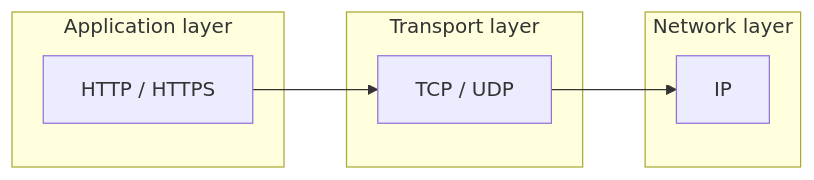
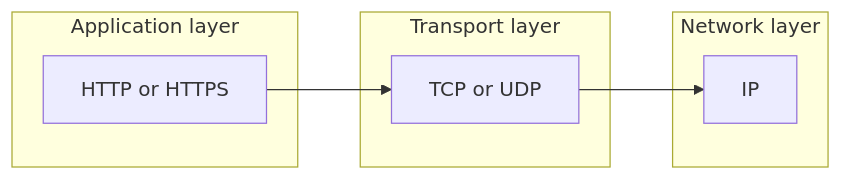
The second of 19 diagrams in ASP.NET-Core-Network-HTTP-Guide.md (sridharpolepalli/dotnet-learn), drawn with Mermaid before and after one commit. The commit also changed other lines of this file and 1 other file, not shown here.

Commit message:
fixing the mermaid issues

````diff
--- a/ASP.NET-Core-Network-HTTP-Guide.md
+++ b/ASP.NET-Core-Network-HTTP-Guide.md
@@ -111,14 +111,14 @@
 ```mermaid
 flowchart LR
     subgraph App["Application layer"]
-        HTTP[HTTP / HTTPS]
+        HTTP["HTTP or HTTPS"]
     end
     subgraph Trans["Transport layer"]
-        TCP[TCP / UDP]
+        TCP["TCP or UDP"]
     end
     subgraph Net["Network layer"]
         IP[IP]
     end
 
     HTTP --> TCP --> IP
 ```
````
